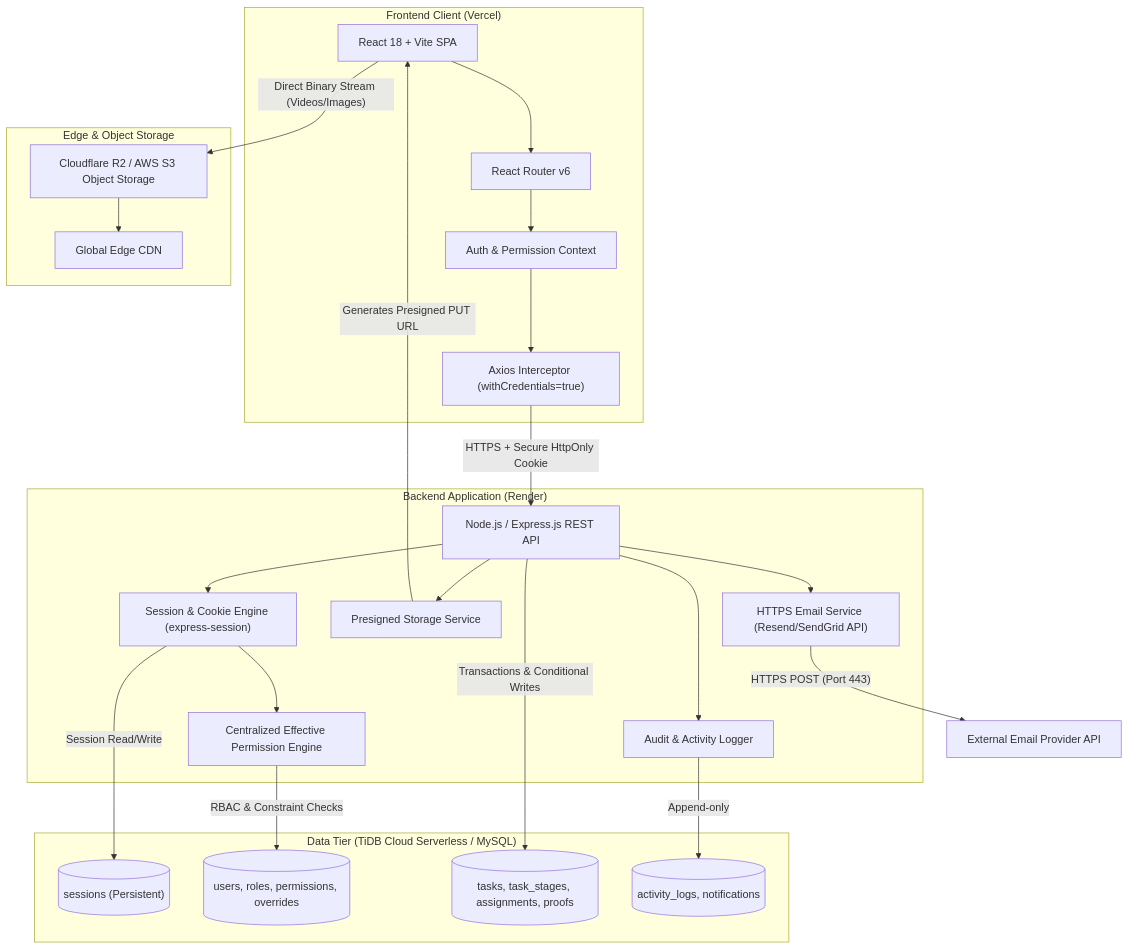
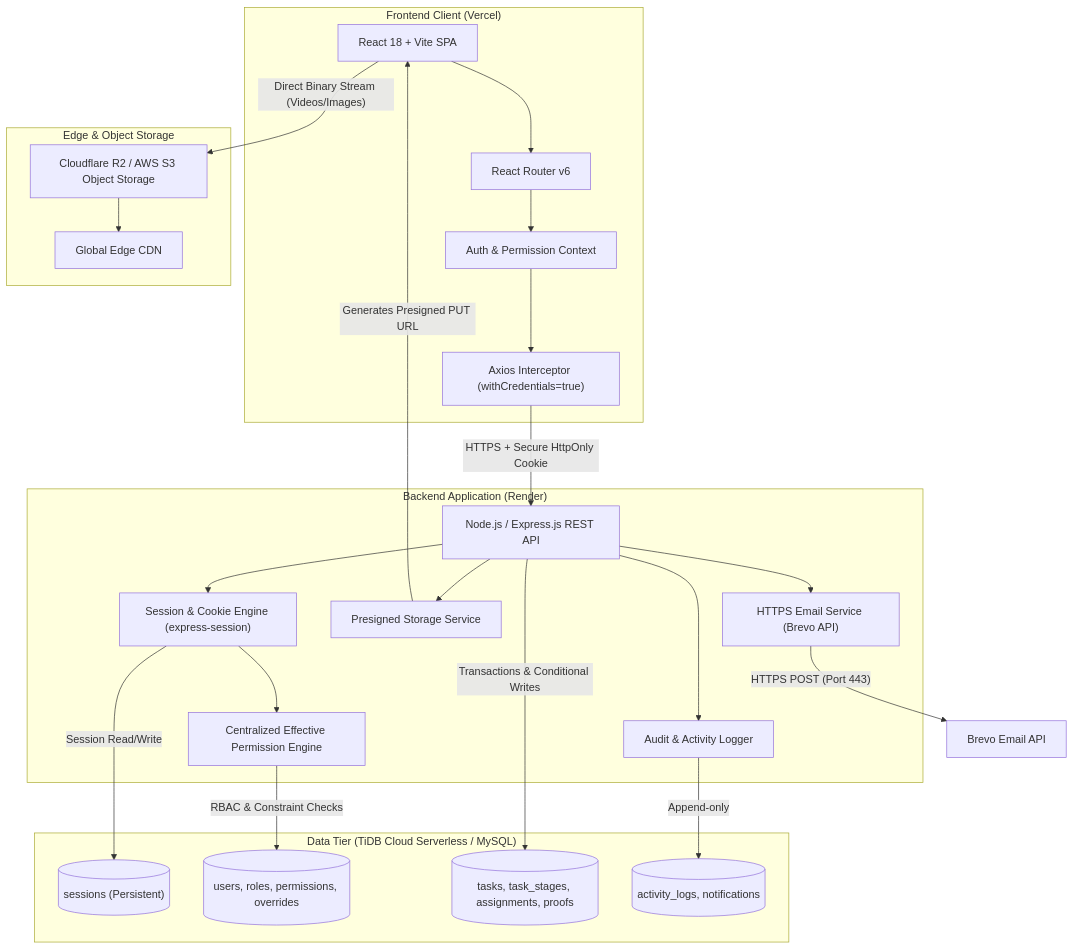
Before and after one commit to pushkar-0553/Meflow: the first of 9 diagrams in docs/STAGE_0_ARCHITECTURE_SPECIFICATION.md, drawn with Mermaid. The commit also changed other lines of this file and 12 other files, not shown here.

Commit message:
feat(email): replace Resend with Brevo Transactional HTTPS API across backend and frontend

````diff
--- a/docs/STAGE_0_ARCHITECTURE_SPECIFICATION.md
+++ b/docs/STAGE_0_ARCHITECTURE_SPECIFICATION.md
@@ -85,49 +85,49 @@
 ```mermaid
 flowchart TD
     subgraph ClientLayer["Frontend Client (Vercel)"]
         SPA["React 18 + Vite SPA"]
         Router["React Router v6"]
         AuthContext["Auth & Permission Context"]
         AxiosClient["Axios Interceptor (withCredentials=true)"]
         SPA --> Router
         Router --> AuthContext
         AuthContext --> AxiosClient
     end
 
     subgraph CDNStorage["Edge & Object Storage"]
         Cloudflare["Cloudflare R2 / AWS S3 Object Storage"]
         CDN["Global Edge CDN"]
         Cloudflare --> CDN
     end
 
     subgraph BackendLayer["Backend Application (Render)"]
         API["Node.js / Express.js REST API"]
         SessionMW["Session & Cookie Engine (express-session)"]
         AuthZ["Centralized Effective Permission Engine"]
         DirectUploadSvc["Presigned Storage Service"]
         AuditSvc["Audit & Activity Logger"]
-        EmailSvc["HTTPS Email Service (Resend/SendGrid API)"]
+        EmailSvc["HTTPS Email Service (Brevo API)"]
 
         API --> SessionMW
         SessionMW --> AuthZ
         API --> DirectUploadSvc
         API --> AuditSvc
         API --> EmailSvc
     end
 
     subgraph DatabaseLayer["Data Tier (TiDB Cloud Serverless / MySQL)"]
         SessionsDB[("sessions (Persistent)")]
         RBACDB[("users, roles, permissions, overrides")]
         ProductionDB[("tasks, task_stages, assignments, proofs")]
         AuditDB[("activity_logs, notifications")]
     end
 
     AxiosClient -- "HTTPS + Secure HttpOnly Cookie" --> API
     DirectUploadSvc -- "Generates Presigned PUT URL" --> SPA
     SPA -- "Direct Binary Stream (Videos/Images)" --> Cloudflare
     SessionMW -- "Session Read/Write" --> SessionsDB
     AuthZ -- "RBAC & Constraint Checks" --> RBACDB
     API -- "Transactions & Conditional Writes" --> ProductionDB
     AuditSvc -- "Append-only" --> AuditDB
-    EmailSvc -- "HTTPS POST (Port 443)" --> ResendCloud["External Email Provider API"]
+    EmailSvc -- "HTTPS POST (Port 443)" --> BrevoCloud["Brevo Email API"]
 ```
````
